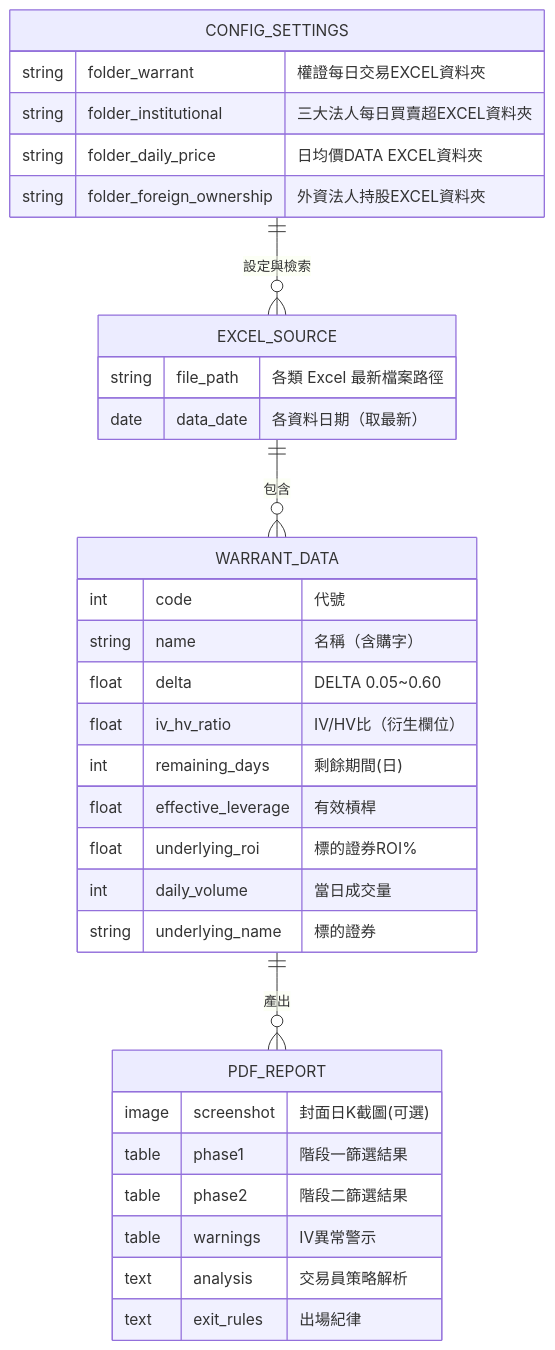
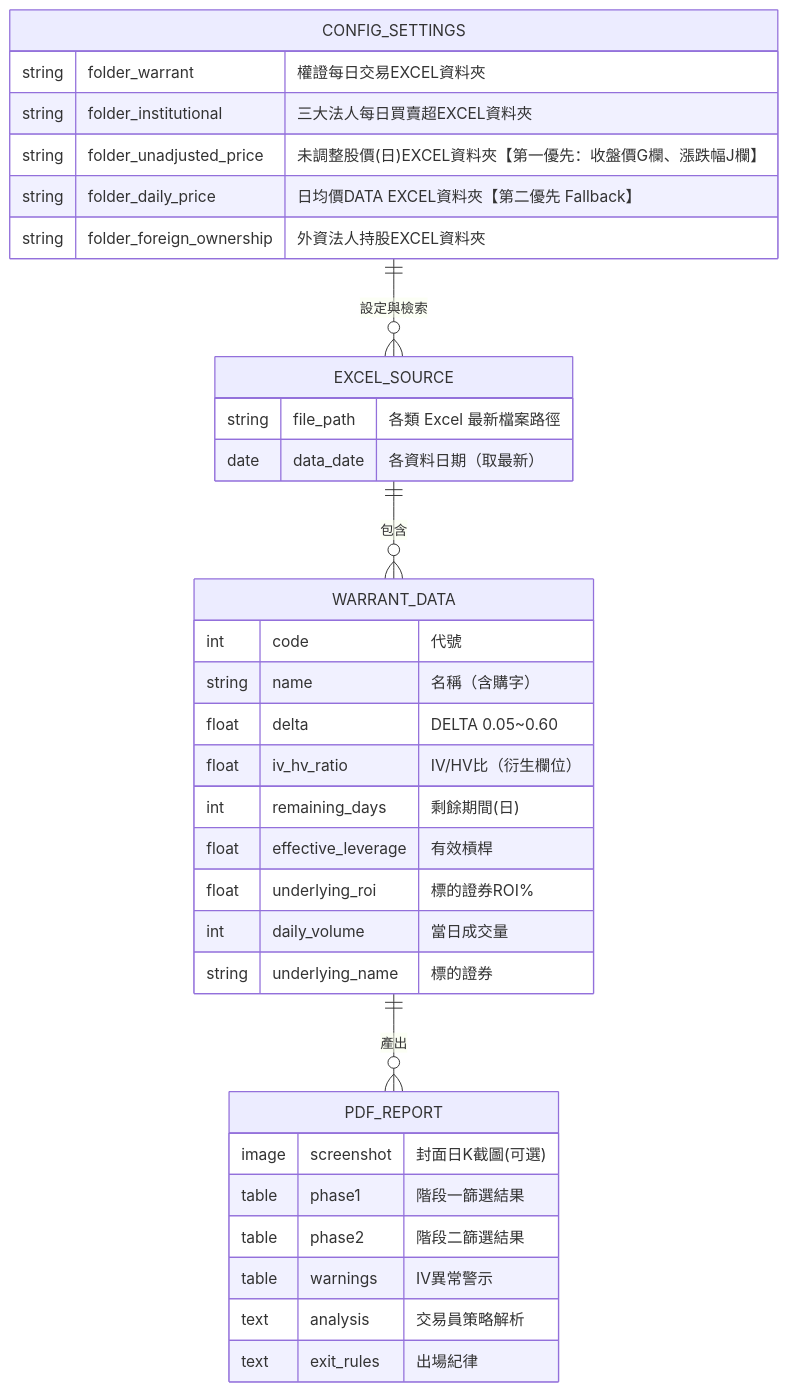
Before and after one commit to kkla1016/w-insight: the second of 13 diagrams in spec.md, drawn with Mermaid. The commit also changed other lines of this file and 15 other files, not shown here.

Commit message:
feat: add unadjusted daily price as primary source for close price and return rate

````diff
--- a/spec.md
+++ b/spec.md
@@ -46,35 +46,36 @@
 ```mermaid
 erDiagram
     CONFIG_SETTINGS {
         string folder_warrant "權證每日交易EXCEL資料夾"
         string folder_institutional "三大法人每日買賣超EXCEL資料夾"
-        string folder_daily_price "日均價DATA EXCEL資料夾"
+        string folder_unadjusted_price "未調整股價(日)EXCEL資料夾【第一優先：收盤價G欄、漲跌幅J欄】"
+        string folder_daily_price "日均價DATA EXCEL資料夾【第二優先 Fallback】"
         string folder_foreign_ownership "外資法人持股EXCEL資料夾"
     }
     EXCEL_SOURCE {
         string file_path "各類 Excel 最新檔案路徑"
         date data_date "各資料日期（取最新）"
     }
     WARRANT_DATA {
         int code "代號"
         string name "名稱（含購字）"
         float delta "DELTA 0.05~0.60"
         float iv_hv_ratio "IV/HV比（衍生欄位）"
         int remaining_days "剩餘期間(日)"
         float effective_leverage "有效槓桿"
         float underlying_roi "標的證券ROI%"
         int daily_volume "當日成交量"
         string underlying_name "標的證券"
     }
     PDF_REPORT {
         image screenshot "封面日K截圖(可選)"
         table phase1 "階段一篩選結果"
         table phase2 "階段二篩選結果"
         table warnings "IV異常警示"
         text analysis "交易員策略解析"
         text exit_rules "出場紀律"
     }
     CONFIG_SETTINGS ||--o{ EXCEL_SOURCE : "設定與檢索"
     EXCEL_SOURCE ||--o{ WARRANT_DATA : "包含"
     WARRANT_DATA ||--o{ PDF_REPORT : "產出"
 ```
````
